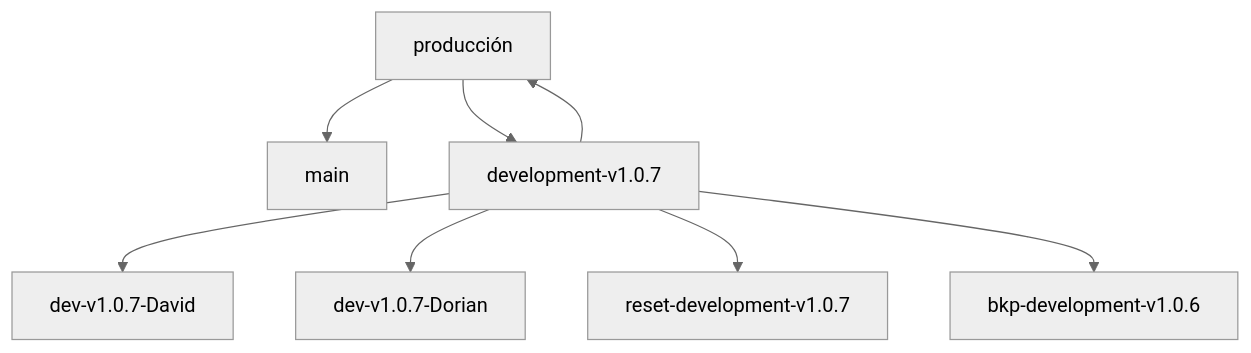
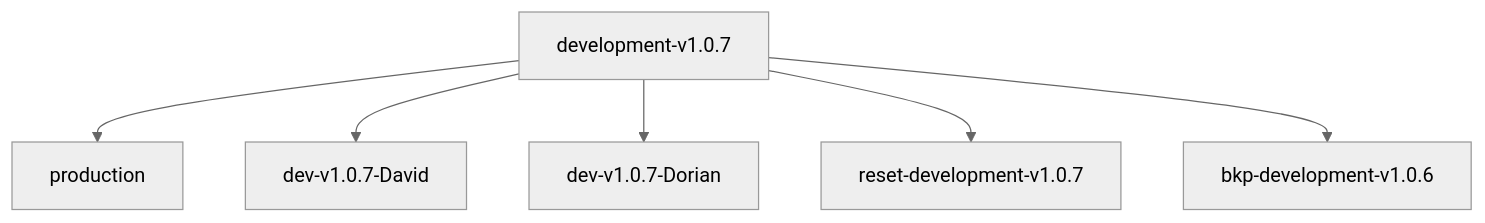
The first of 2 diagrams in docs/architecture/branching-strategy.md (dorianprogrammer/SINPEConectaCR), drawn with Mermaid (neutral theme) before and after one commit. The commit also changed other lines of this file, not shown here.

````diff
--- a/docs/architecture/branching-strategy.md
+++ b/docs/architecture/branching-strategy.md
@@ -52,25 +47,20 @@
 ```mermaid
 graph TD
-    A[main]
-    B[producción]
-    C[development-v1.0.7]
-    D1[dev-v1.0.7-David]
-    D2[dev-v1.0.7-Dorian]
-    E1[reset-development-v1.0.7]
-    E2[bkp-development-v1.0.6]
+    A[production]
+    B[development-v1.0.7]
+    C1[dev-v1.0.7-David]
+    C2[dev-v1.0.7-Dorian]
+    D1[reset-development-v1.0.7]
+    D2[bkp-development-v1.0.6]
 
-    %% Flujo de release
-    C --> B
+    %% Flujo de promoción
     B --> A
 
-    %% Inicio de nueva versión desde producción
-    B --> C
-
-    %% Trabajo colaborador
-    C --> D1
-    C --> D2
+    %% Trabajo de colaboradores
+    B --> C1
+    B --> C2
 
     %% Soporte de restauración y backup
-    C --> E1
-    C --> E2
+    B --> D1
+    B --> D2
 ```
````
